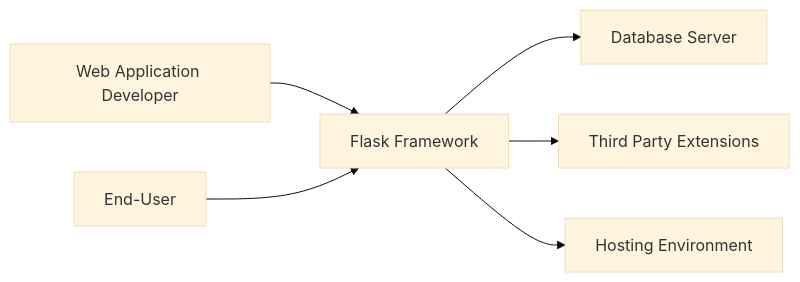
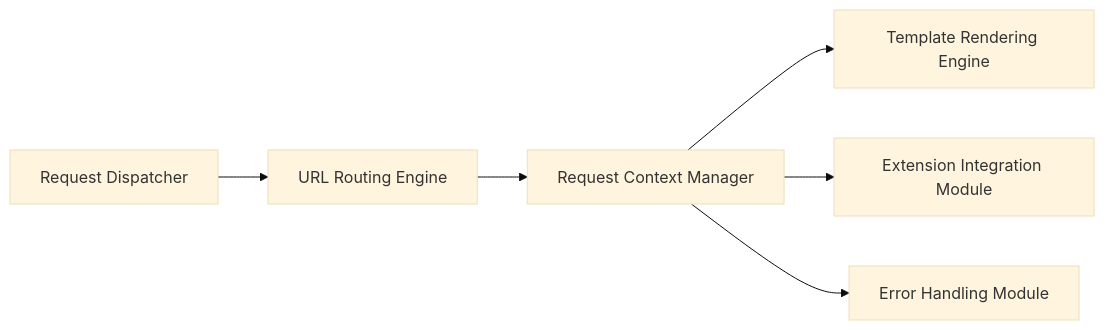
One commit to xvnpw/ai-security-analyzer changed the second of 4 diagrams in examples/github-sec-design-flask-o3-mini.md. Above: the diagram before and after it, drawn with Mermaid (base theme). The commit also changed other lines of this file and 218 other files, not shown here.

````diff
--- a/examples/github-sec-design-flask-o3-mini.md
+++ b/examples/github-sec-design-flask-o3-mini.md
@@ -35,15 +83,15 @@
 ```mermaid
 graph LR
-    Dev[Web Application Developer]
-    User[End-User]
-    Ext[Third Party Extensions]
-    Host[Hosting Environment]
-    DB[Database Server]
-    Flask[Flask Framework]
+    A[Request Dispatcher]
+    B[URL Routing Engine]
+    C[Request Context Manager]
+    D[Template Rendering Engine]
+    E[Extension Integration Module]
+    F[Error Handling Module]
 
-    Dev --> Flask
-    User --> Flask
-    Flask --> DB
-    Flask --> Ext
-    Flask --> Host
+    A --> B
+    B --> C
+    C --> D
+    C --> E
+    C --> F
 ```
````
